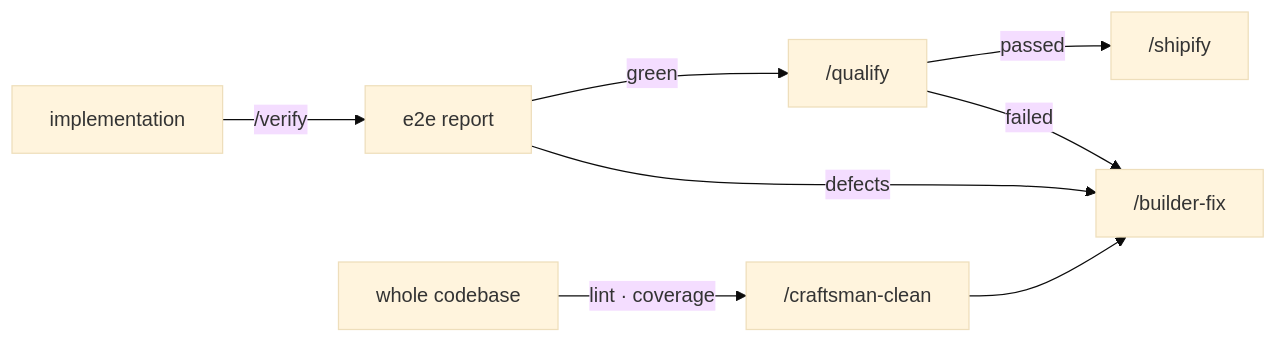
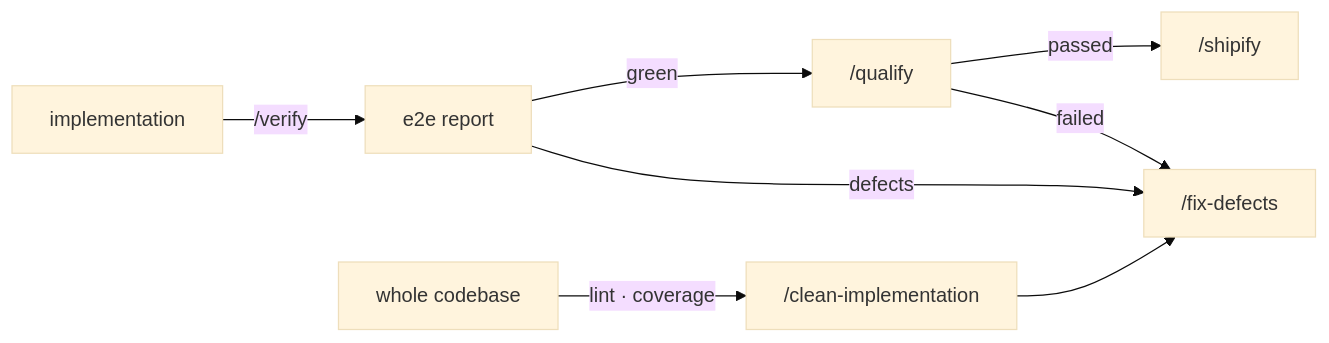
One commit to AIDDbot/AIDDbot changed the fifth of 5 diagrams in docs/AIDD.workflow.md. Above: the diagram before and after it, drawn with Mermaid (base theme). The commit also changed other lines of this file and 17 other files, not shown here.

````diff
--- a/docs/AIDD.workflow.md
+++ b/docs/AIDD.workflow.md
@@ -98,10 +111,10 @@
 ```mermaid
 flowchart LR
   CODE[implementation] -->|/verify| VER[e2e report]
-  VER -->|defects| FIX["/builder-fix"]
+  VER -->|defects| FIX["/fix-defects"]
   VER -->|green| QLF["/qualify"]
   QLF -->|failed| FIX
   QLF -->|passed| REL["/shipify"]
-  BASE[whole codebase] -->|lint · coverage| CLEAN["/craftsman-clean"]
+  BASE[whole codebase] -->|lint · coverage| CLEAN["/clean-implementation"]
   CLEAN --> FIX
 ```
````
